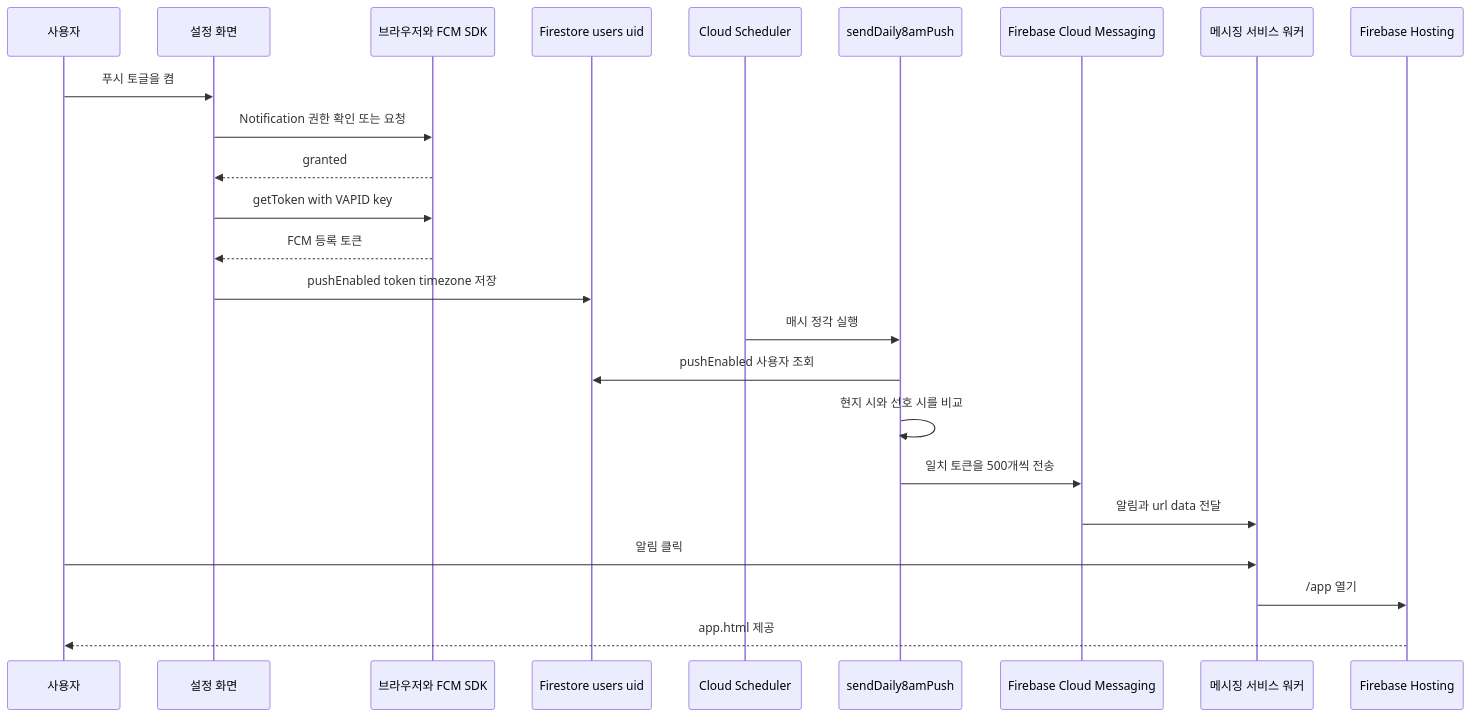
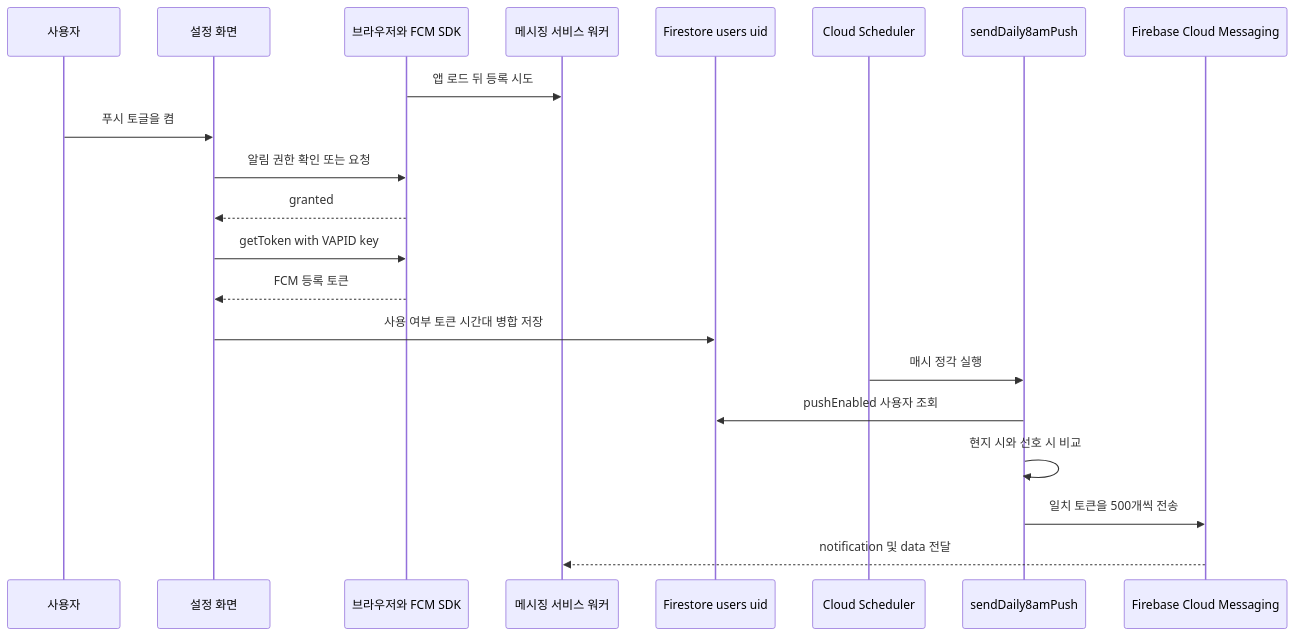
Before and after one commit to chucoding/code-recall: the diagram in openwiki/operations/push-notifications.md, drawn with Mermaid. The commit also changed other lines of this file and 26 other files, not shown here.

````diff
--- a/openwiki/operations/push-notifications.md
+++ b/openwiki/operations/push-notifications.md
@@ -35,27 +37,24 @@
 ```mermaid
 sequenceDiagram
   participant User as 사용자
   participant Settings as 설정 화면
   participant Browser as 브라우저와 FCM SDK
+  participant Worker as 메시징 서비스 워커
   participant Store as Firestore users uid
   participant Scheduler as Cloud Scheduler
   participant Job as sendDaily8amPush
   participant FCM as Firebase Cloud Messaging
-  participant Worker as 메시징 서비스 워커
-  participant Hosting as Firebase Hosting
 
+  Browser->>Worker: 앱 로드 뒤 등록 시도
   User->>Settings: 푸시 토글을 켬
-  Settings->>Browser: Notification 권한 확인 또는 요청
+  Settings->>Browser: 알림 권한 확인 또는 요청
   Browser-->>Settings: granted
   Settings->>Browser: getToken with VAPID key
   Browser-->>Settings: FCM 등록 토큰
-  Settings->>Store: pushEnabled token timezone 저장
+  Settings->>Store: 사용 여부 토큰 시간대 병합 저장
   Scheduler->>Job: 매시 정각 실행
   Job->>Store: pushEnabled 사용자 조회
-  Job->>Job: 현지 시와 선호 시를 비교
+  Job->>Job: 현지 시와 선호 시 비교
   Job->>FCM: 일치 토큰을 500개씩 전송
-  FCM->>Worker: 알림과 url data 전달
-  User->>Worker: 알림 클릭
-  Worker->>Hosting: /app 열기
-  Hosting-->>User: app.html 제공
+  FCM-->>Worker: notification 및 data 전달
 ```
````
